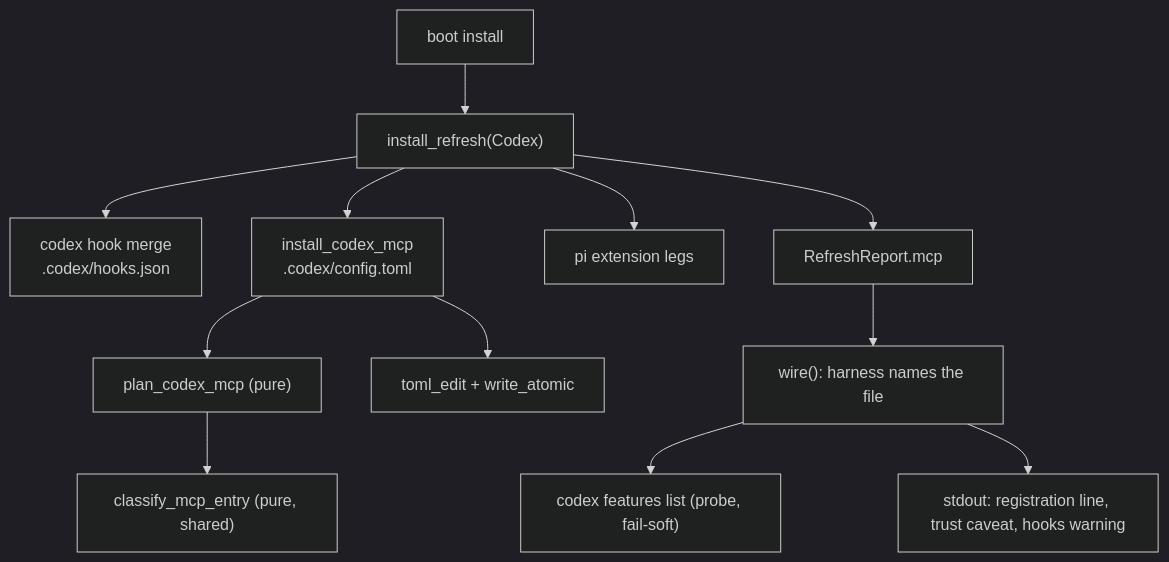
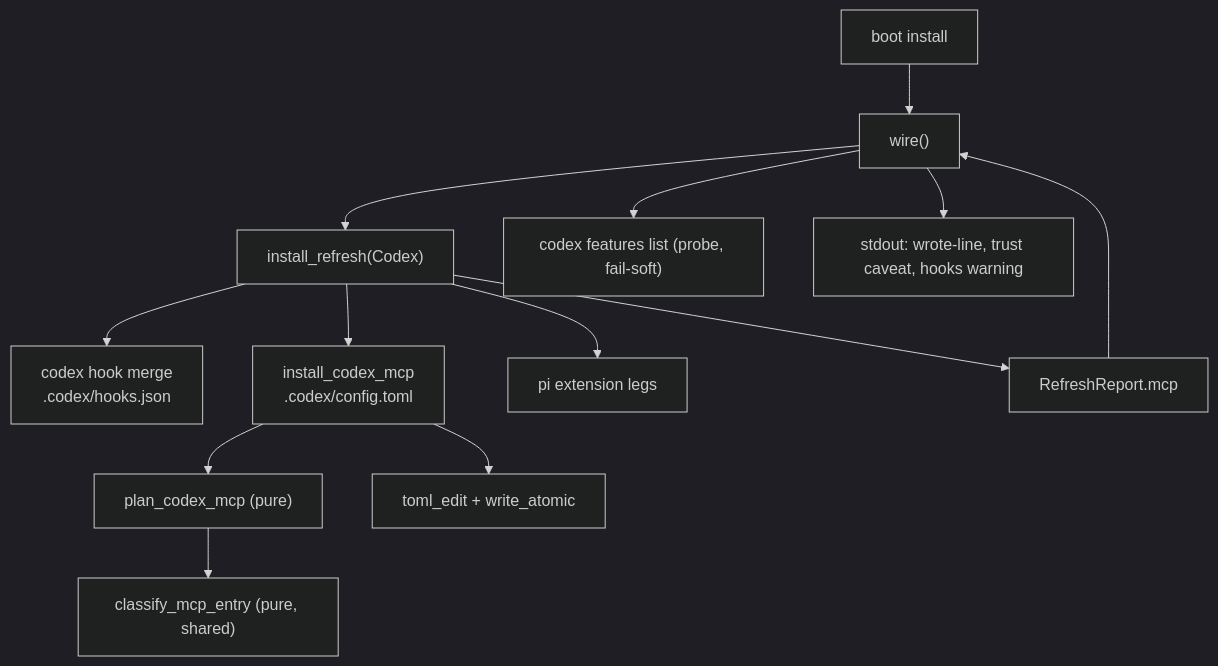
The first of 2 diagrams in .doctrine/slice/271/design.md (davidlee/doctrine), drawn with Mermaid (dark theme) before and after one commit. The commit also changed other lines of this file and 10 other files, not shown here.

````diff
--- a/.doctrine/slice/271/design.md
+++ b/.doctrine/slice/271/design.md
@@ -123,14 +134,15 @@
 ```mermaid
 flowchart TD
-  install["boot install"] --> refresh["install_refresh(Codex)"]
+  install["boot install"] --> wire["wire()"]
+  wire --> refresh["install_refresh(Codex)"]
   refresh --> hooks["codex hook merge<br/>.codex/hooks.json"]
   refresh --> mcp["install_codex_mcp<br/>.codex/config.toml"]
   refresh --> pi["pi extension legs"]
   mcp --> plan["plan_codex_mcp (pure)"]
   plan --> classify["classify_mcp_entry (pure, shared)"]
   mcp --> write["toml_edit + write_atomic"]
   refresh --> report["RefreshReport.mcp"]
-  report --> wire["wire(): harness names the file"]
+  report --> wire
   wire --> probe["codex features list (probe, fail-soft)"]
-  wire --> out["stdout: registration line, trust caveat, hooks warning"]
+  wire --> out["stdout: wrote-line, trust caveat, hooks warning"]
 ```
````
